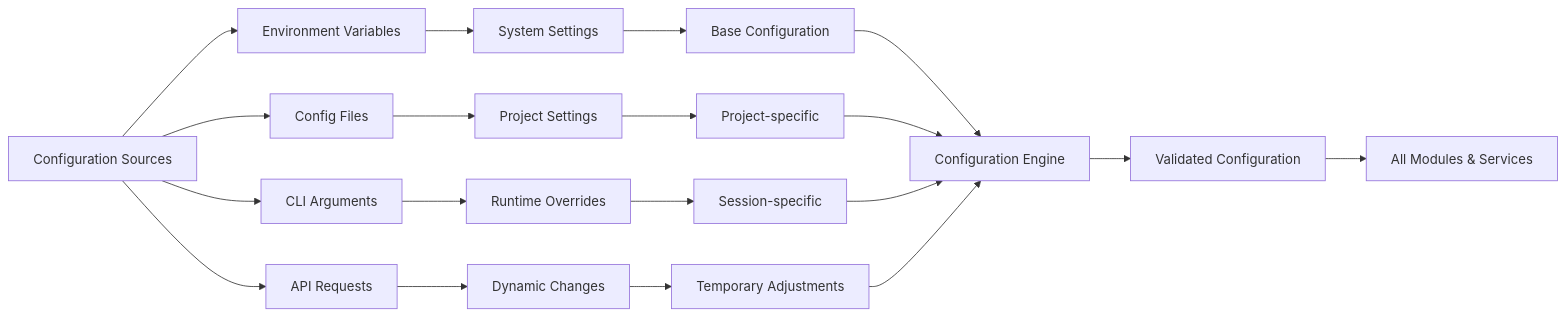
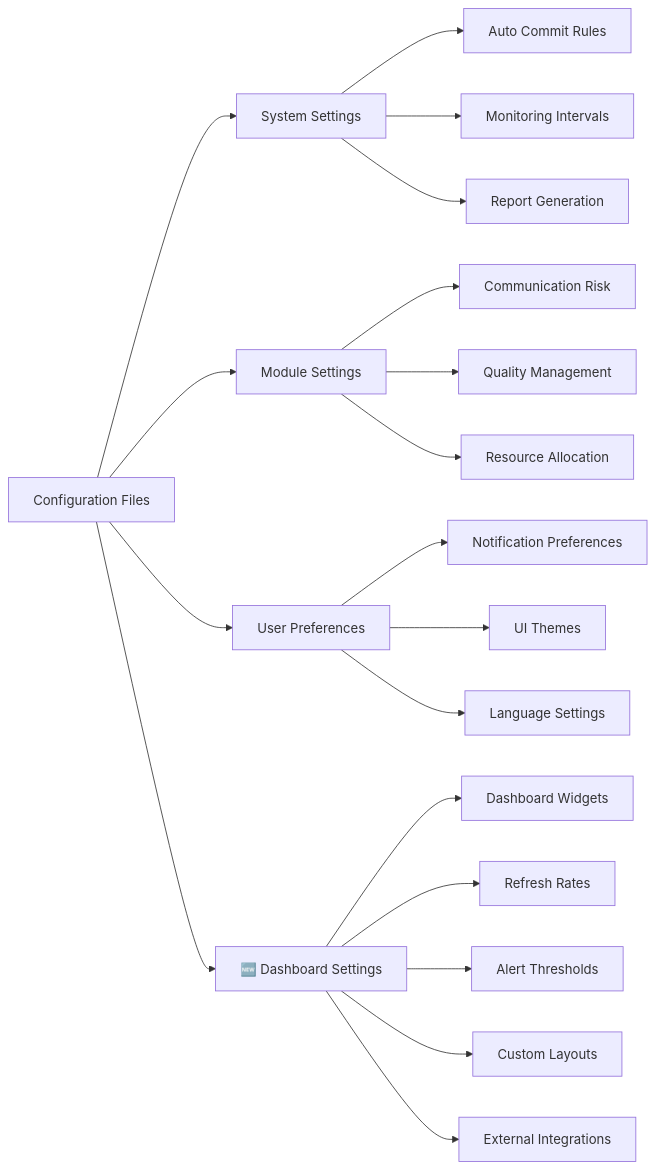
The second of 13 diagrams in Docs/entire_project/Quick_Start_Guide/Quick_Start_Guide.md (Shakour-Data/AutoProjectManagement), drawn with Mermaid before and after one commit. The commit also changed other lines of this file, not shown here.

Commit message:
Auto-commit: 2 file(s) updated

````diff
--- a/Docs/entire_project/Quick_Start_Guide/Quick_Start_Guide.md
+++ b/Docs/entire_project/Quick_Start_Guide/Quick_Start_Guide.md
@@ -596,25 +161,25 @@
 ```mermaid
 graph LR
-    A[Configuration Sources] --> B[Environment Variables]
-    A --> C[Config Files]
-    A --> D[CLI Arguments]
-    A --> E[API Requests]
+    A[Configuration Files] --> B[System Settings]
+    A --> C[Module Settings]
+    A --> D[User Preferences]
+    A --> E[🆕 Dashboard Settings]
     
-    B --> F[System Settings]
-    C --> G[Project Settings]
-    D --> H[Runtime Overrides]
-    E --> I[Dynamic Changes]
+    B --> F[Auto Commit Rules]
+    B --> G[Monitoring Intervals]
+    B --> H[Report Generation]
     
-    F --> J[Base Configuration]
-    G --> K[Project-specific]
-    H --> L[Session-specific]
-    I --> M[Temporary Adjustments]
+    C --> I[Communication Risk]
+    C --> J[Quality Management]
+    C --> K[Resource Allocation]
     
-    J --> N[Configuration Engine]
-    K --> N
-    L --> N
-    M --> N
+    D --> L[Notification Preferences]
+    D --> M[UI Themes]
+    D --> N[Language Settings]
     
-    N --> O[Validated Configuration]
-    O --> P[All Modules & Services]
+    E --> O[Dashboard Widgets]
+    E --> P[Refresh Rates]
+    E --> Q[Alert Thresholds]
+    E --> R[Custom Layouts]
+    E --> S[External Integrations]
 ```
````
